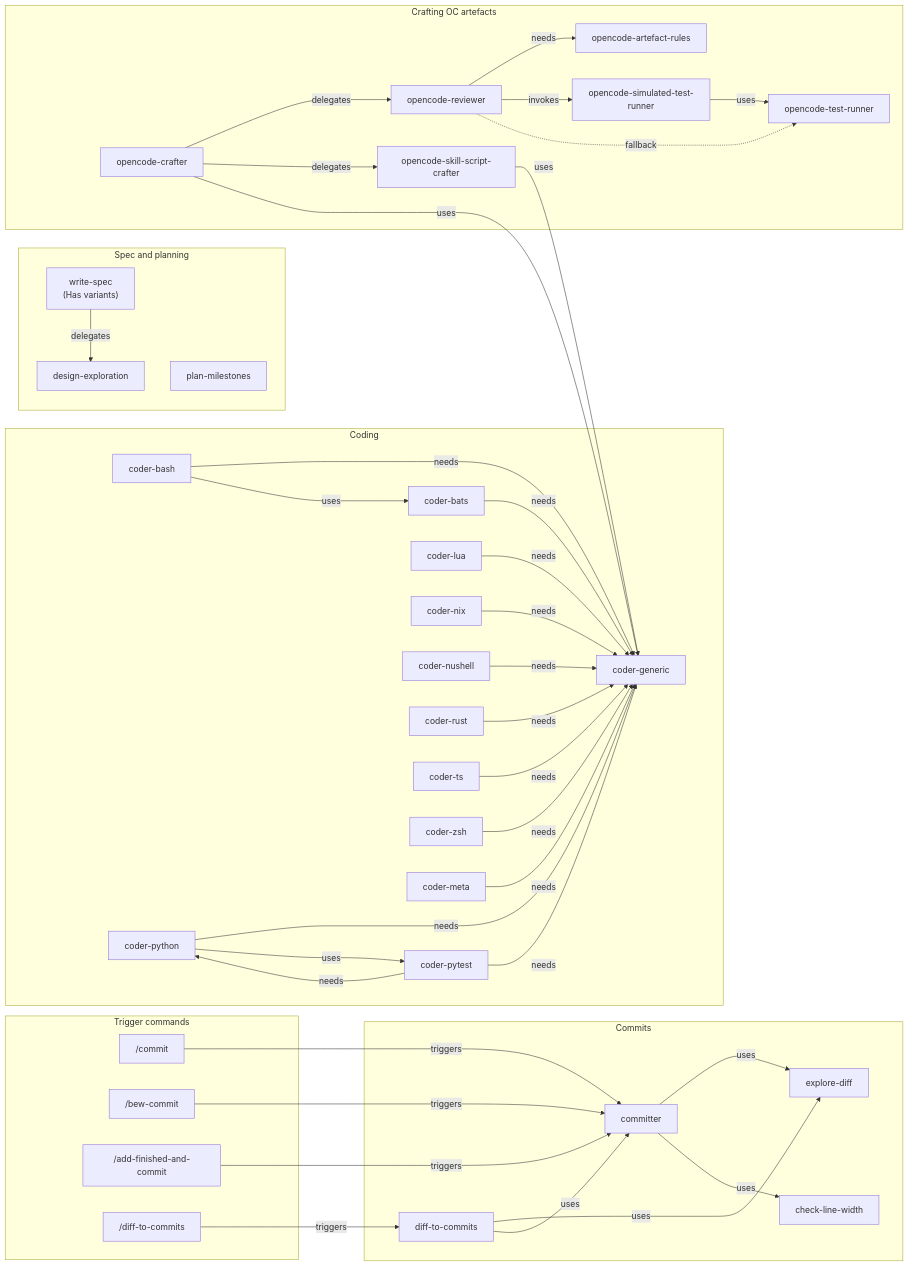
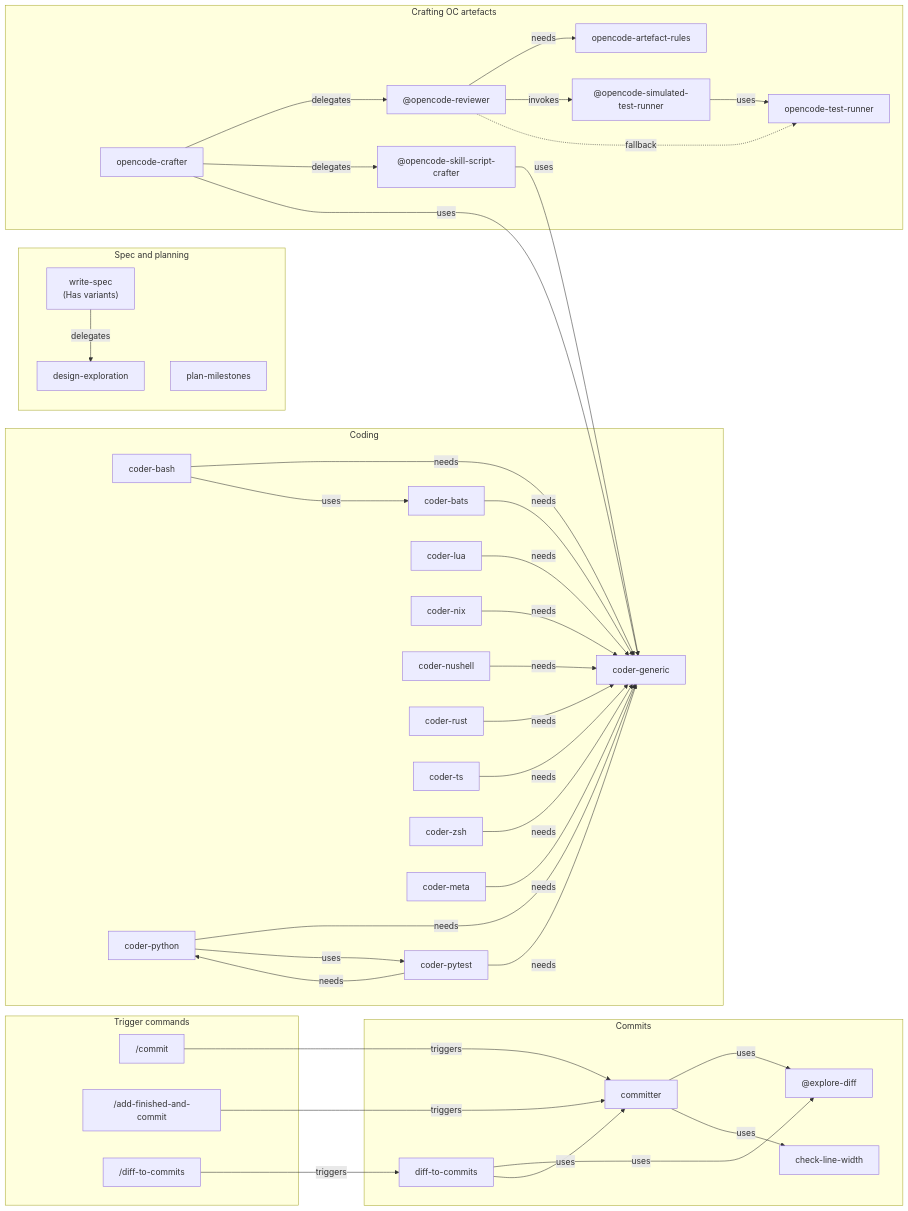
Before and after one commit to bew/dotfiles: the first of 2 diagrams in opencode/MY_AI_STUFF.md, drawn with Mermaid. The commit also changed other lines of this file and 1 other file, not shown here.

Commit message:
oc(docs): Prefix the catalogue graph labels by artefact kind

````diff
--- a/opencode/MY_AI_STUFF.md
+++ b/opencode/MY_AI_STUFF.md
@@ -14,77 +20,75 @@
 ```mermaid
 flowchart LR
   subgraph craft[Crafting OC artefacts]
     sk_crafter["opencode-crafter"]
-    ag_reviewer["opencode-reviewer"]
-    ag_script_crafter["opencode-skill-script-crafter"]
+    ag_reviewer["@opencode-reviewer"]
+    ag_script_crafter["@opencode-skill-script-crafter"]
     sk_artefact_rules["opencode-artefact-rules"]
     sk_test_runner["opencode-test-runner"]
-    ag_sim_test_runner["opencode-simulated-test-runner"]
+    ag_sim_test_runner["@opencode-simulated-test-runner"]
     sk_crafter -->|delegates| ag_reviewer
     sk_crafter -->|delegates| ag_script_crafter
     ag_reviewer -->|needs| sk_artefact_rules
     ag_reviewer -->|invokes| ag_sim_test_runner
     ag_sim_test_runner -->|uses| sk_test_runner
     ag_reviewer -. fallback .-> sk_test_runner
   end
 
   subgraph code[Coding]
     sk_coder_generic["coder-generic"]
     sk_coder_bash["coder-bash"]
     sk_coder_bats["coder-bats"]
     sk_coder_python["coder-python"]
     sk_coder_pytest["coder-pytest"]
     sk_coder_lua["coder-lua"]
     sk_coder_nix["coder-nix"]
     sk_coder_nushell["coder-nushell"]
     sk_coder_rust["coder-rust"]
     sk_coder_ts["coder-ts"]
     sk_coder_zsh["coder-zsh"]
     sk_coder_meta["coder-meta"]
     sk_coder_bash -->|needs| sk_coder_generic
     sk_coder_bash -->|uses| sk_coder_bats
     sk_coder_bats -->|needs| sk_coder_generic
     sk_coder_python -->|needs| sk_coder_generic
     sk_coder_python -->|uses| sk_coder_pytest
     sk_coder_pytest -->|needs| sk_coder_generic
     sk_coder_pytest -->|needs| sk_coder_python
     sk_coder_lua -->|needs| sk_coder_generic
     sk_coder_nix -->|needs| sk_coder_generic
     sk_coder_nushell -->|needs| sk_coder_generic
     sk_coder_rust -->|needs| sk_coder_generic
     sk_coder_ts -->|needs| sk_coder_generic
     sk_coder_zsh -->|needs| sk_coder_generic
     sk_coder_meta -->|needs| sk_coder_generic
     sk_crafter -->|uses| sk_coder_generic
     ag_script_crafter -->|uses| sk_coder_generic
   end
 
   subgraph spec[Spec and planning]
     sk_write_spec["write-spec<br/>(Has variants)"]
     sk_design_explore["design-exploration"]
     sk_plan_milestones["plan-milestones"]
     sk_write_spec -->|delegates| sk_design_explore
   end
 
   subgraph commit[Commits]
     sk_committer["committer"]
     sk_diff2commits["diff-to-commits"]
-    ag_explore_diff["explore-diff"]
+    ag_explore_diff["@explore-diff"]
     sk_check_width["check-line-width"]
     sk_committer -->|uses| ag_explore_diff
     sk_committer -->|uses| sk_check_width
     sk_diff2commits -->|uses| ag_explore_diff
     sk_diff2commits -->|uses| sk_committer
   end
 
   subgraph trig[Trigger commands]
     cmd_commit["/commit"]
-    cmd_bew_commit["/bew-commit"]
     cmd_add_commit["/add-finished-and-commit"]
     cmd_diff2commits["/diff-to-commits"]
     cmd_commit -->|triggers| sk_committer
-    cmd_bew_commit -->|triggers| sk_committer
     cmd_add_commit -->|triggers| sk_committer
     cmd_diff2commits -->|triggers| sk_diff2commits
   end
 ```
````
